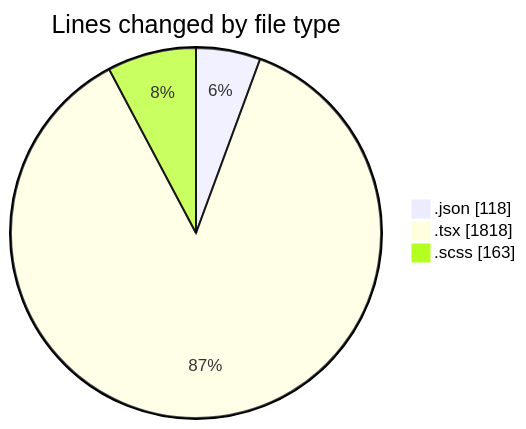
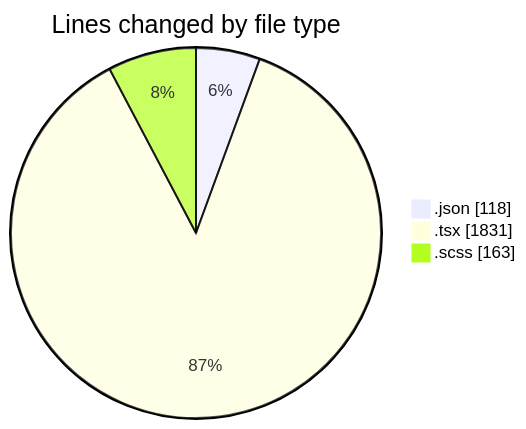
Before and after one commit to momahboobian/code-tracking: the first of 2 diagrams in 2025-11-19/cda/README.md, drawn with Mermaid. The commit also changed other lines of this file and 1 other file, not shown here.

````diff
--- a/2025-11-19/cda/README.md
+++ b/2025-11-19/cda/README.md
@@ -23,7 +23,7 @@
 ```mermaid
 pie showData
 title Lines changed by file type
 ".json" : 118
-".tsx" : 1818
+".tsx" : 1831
 ".scss" : 163
 ```
````
